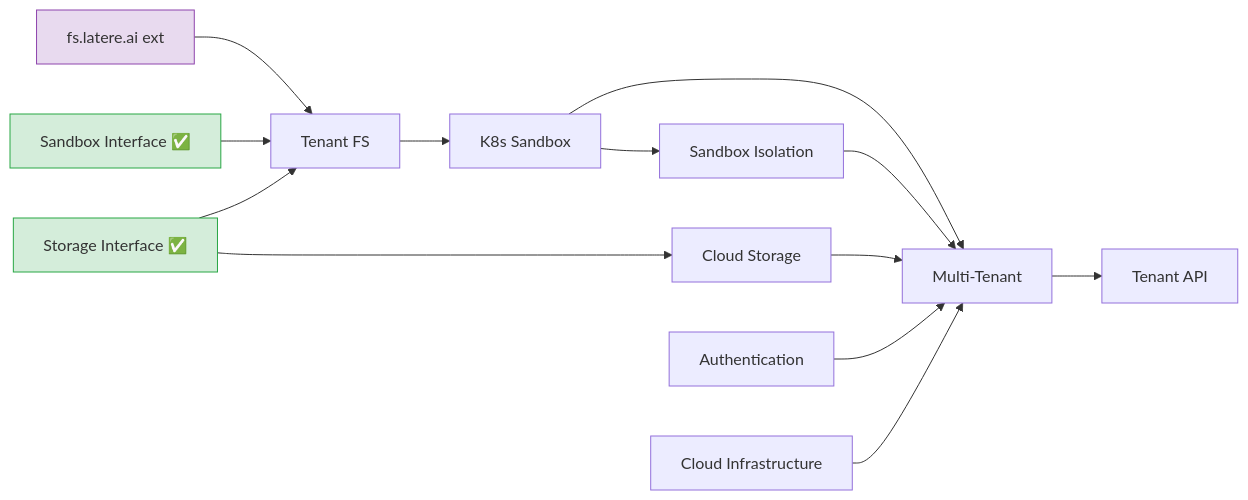
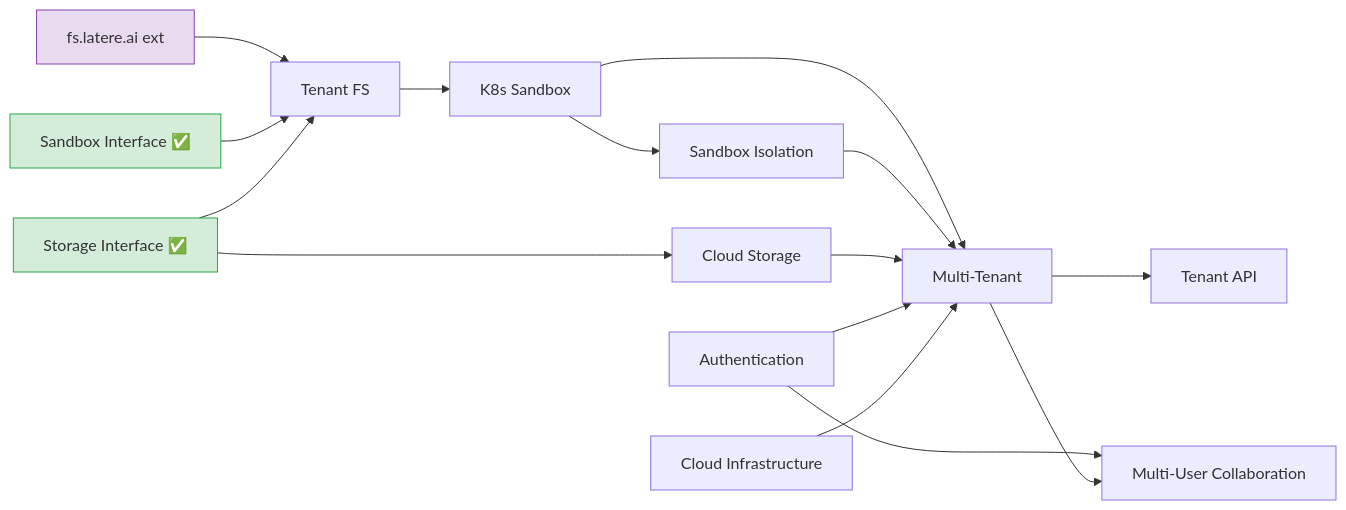
One commit to changkun/wallfacer changed the second of 2 diagrams in specs/README.md. Above: the diagram before and after it, drawn with Mermaid. The commit also changed other lines of this file and 1 other file, not shown here.

First line of the commit message:
specs: add multi-user-collaboration blocker for cloud movement

````diff
--- a/specs/README.md
+++ b/specs/README.md
@@ -134,19 +136,21 @@
 ```mermaid
 graph LR
   FS[fs.latere.ai ext] --> TFS[Tenant FS]
   SBI[Sandbox Interface ✅] --> TFS
   STI[Storage Interface ✅] --> TFS
   TFS --> K8S[K8s Sandbox]
   STI --> CS[Cloud Storage]
   K8S --> ISO[Sandbox Isolation]
   K8S --> MT[Multi-Tenant]
   ISO --> MT
   CS --> MT
   AUTH[Authentication] --> MT
   CI[Cloud Infrastructure] --> MT
   MT --> TA[Tenant API]
+  AUTH --> MUC[Multi-User Collaboration]
+  MT --> MUC
 
   style SBI fill:#d4edda,stroke:#28a745
   style STI fill:#d4edda,stroke:#28a745
   style FS fill:#e8daef,stroke:#8e44ad
 ```
````
